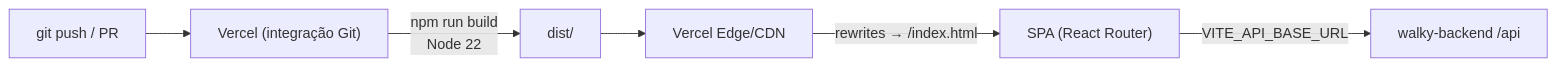
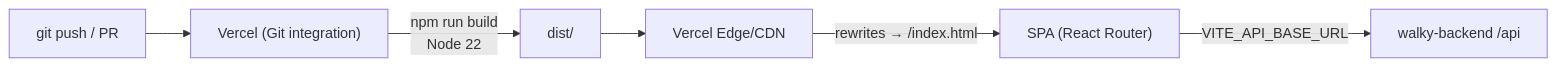
The diagram in docs/deployment.md (Walky-App/walky-admin), drawn with Mermaid before and after one commit. The commit also changed other lines of this file and 12 other files, not shown here.

````diff
--- a/docs/deployment.md
+++ b/docs/deployment.md
@@ -232,8 +232,8 @@
 ```mermaid
 flowchart LR
-  DEV["git push / PR"] --> V["Vercel (integração Git)"]
+  DEV["git push / PR"] --> V["Vercel (Git integration)"]
   V -->|npm run build<br/>Node 22| B["dist/"]
   B --> CDN["Vercel Edge/CDN"]
   CDN -->|rewrites → /index.html| SPA["SPA (React Router)"]
   SPA -->|VITE_API_BASE_URL| API["walky-backend /api"]
 ```
````
